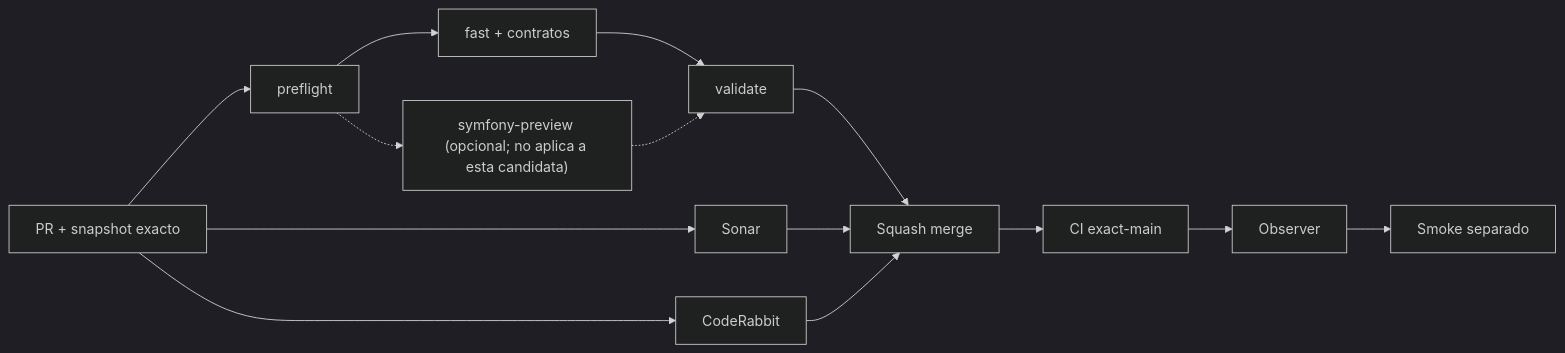
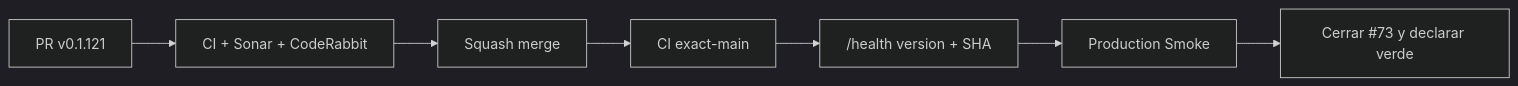
The diagram in README.md (pl0n3r/GrindFlow), drawn with Mermaid (dark theme) before and after one commit. The commit also changed other lines of this file, not shown here.

Commit message:
docs(release): snapshot Production Smoke recovery v0.1.121

````diff
--- a/README.md
+++ b/README.md
@@ -48,16 +47,9 @@
 ```mermaid
 flowchart LR
- A["PR + snapshot exacto"] --> P["preflight"]
- P --> F["fast + contratos"]
- P -.-> S2["symfony-preview (opcional; no aplica a esta candidata)"]
- F --> V["validate"]
- S2 -.-> V
- A --> S["Sonar"]
- A --> C["CodeRabbit"]
- V --> M["Squash merge"]
- S --> M
- C --> M
+ A["PR v0.1.121"] --> C["CI + Sonar + CodeRabbit"]
+ C --> M["Squash merge"]
  M --> X["CI exact-main"]
- X --> O["Observer"]
- O --> T["Smoke separado"]
+ X --> H["/health version + SHA"]
+ H --> S["Production Smoke"]
+ S --> G["Cerrar #73 y declarar verde"]
 ```
````
